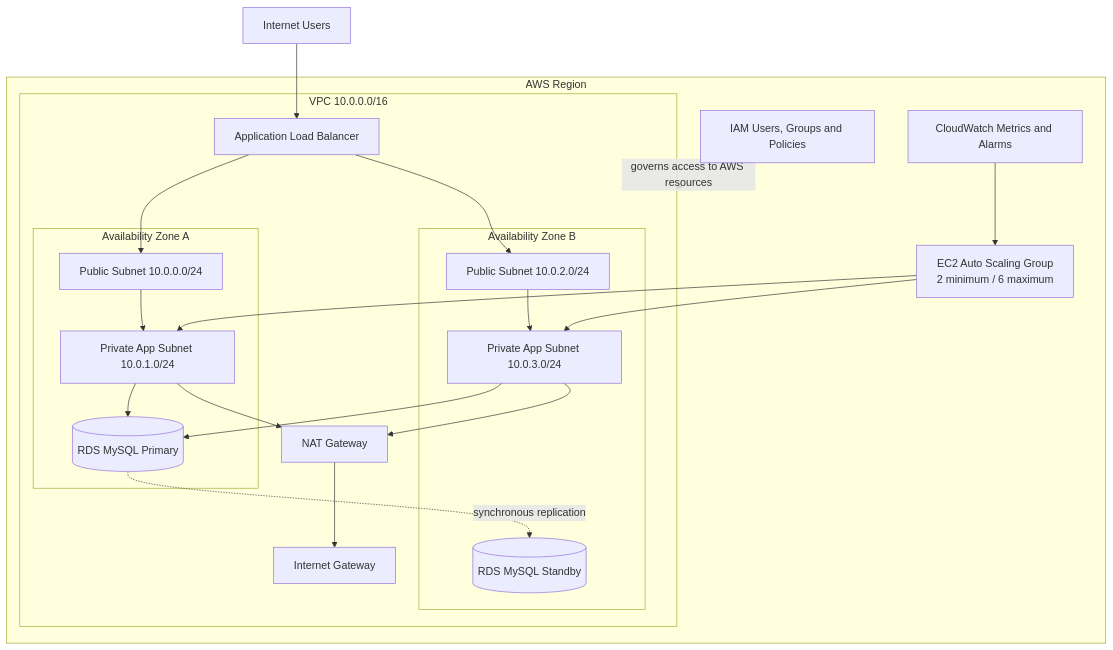
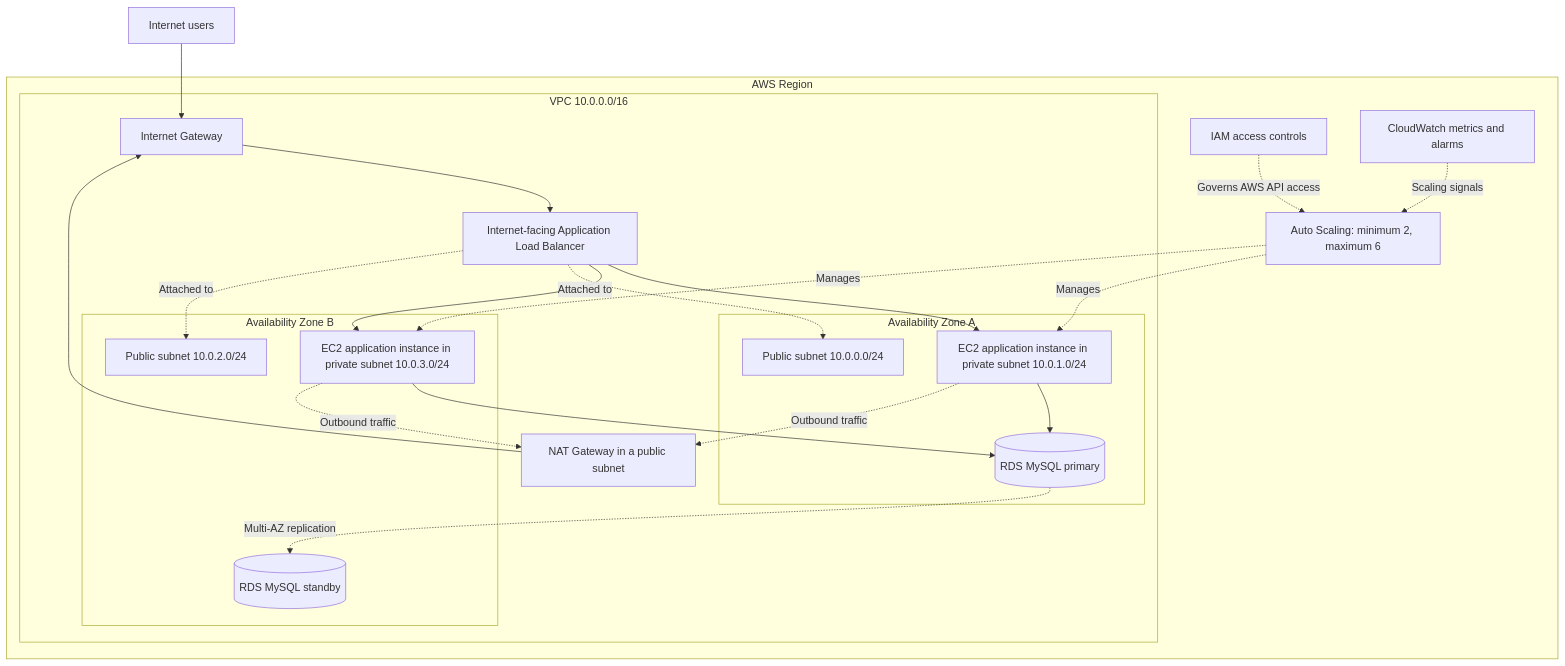
The diagram in projects/cloud/aws-secure-scalable-web-architecture/README.md (BC-Cipher/Cybersecurity-Portfolio), drawn with Mermaid before and after one commit. The commit also changed 9 other files, not shown here.

````diff
--- a/projects/cloud/aws-secure-scalable-web-architecture/README.md
+++ b/projects/cloud/aws-secure-scalable-web-architecture/README.md
@@ -17,42 +17,44 @@
 ```mermaid
 flowchart TB
-    Users[Internet Users] --> ALB[Application Load Balancer]
+    Users["Internet users"] --> IGW["Internet Gateway"]
 
-    subgraph AWS[AWS Region]
-        IAM[IAM Users, Groups and Policies]
+    subgraph Region["AWS Region"]
+        IAM["IAM access controls"]
+        Metrics["CloudWatch metrics and alarms"]
 
-        subgraph VPC[VPC 10.0.0.0/16]
-            IGW[Internet Gateway]
-            NAT[NAT Gateway]
+        subgraph VPC["VPC 10.0.0.0/16"]
+            IGW
+            ALB["Internet-facing Application Load Balancer"]
+            NAT["NAT Gateway in a public subnet"]
 
-            subgraph AZA[Availability Zone A]
-                PubA[Public Subnet 10.0.0.0/24]
-                AppA[Private App Subnet 10.0.1.0/24]
-                DBPrimary[(RDS MySQL Primary)]
+            subgraph AZA["Availability Zone A"]
+                PublicA["Public subnet 10.0.0.0/24"]
+                AppA["EC2 application instance in private subnet 10.0.1.0/24"]
+                Primary[("RDS MySQL primary")]
             end
 
-            subgraph AZB[Availability Zone B]
-                PubB[Public Subnet 10.0.2.0/24]
-                AppB[Private App Subnet 10.0.3.0/24]
-                DBStandby[(RDS MySQL Standby)]
+            subgraph AZB["Availability Zone B"]
+                PublicB["Public subnet 10.0.2.0/24"]
+                AppB["EC2 application instance in private subnet 10.0.3.0/24"]
+                Standby[("RDS MySQL standby")]
             end
 
-            ALB --> PubA
-            ALB --> PubB
-            PubA --> AppA
-            PubB --> AppB
-            AppA --> DBPrimary
-            AppB --> DBPrimary
-            DBPrimary -. synchronous replication .-> DBStandby
-            AppA --> NAT
-            AppB --> NAT
+            IGW --> ALB
+            ALB --> AppA
+            ALB --> AppB
+            AppA --> Primary
+            AppB --> Primary
+            Primary -. "Multi-AZ replication" .-> Standby
+            AppA -. "Outbound traffic" .-> NAT
+            AppB -. "Outbound traffic" .-> NAT
             NAT --> IGW
+            ALB -. "Attached to" .-> PublicA
+            ALB -. "Attached to" .-> PublicB
         end
 
-        ASG[EC2 Auto Scaling Group
-2 minimum / 6 maximum] --> AppA
-        ASG --> AppB
-        CW[CloudWatch Metrics and Alarms] --> ASG
-        IAM -. governs access to AWS resources .-> VPC
+        ASG["Auto Scaling: minimum 2, maximum 6"] -. "Manages" .-> AppA
+        ASG -. "Manages" .-> AppB
+        Metrics -. "Scaling signals" .-> ASG
+        IAM -. "Governs AWS API access" .-> ASG
     end
 ```
````
